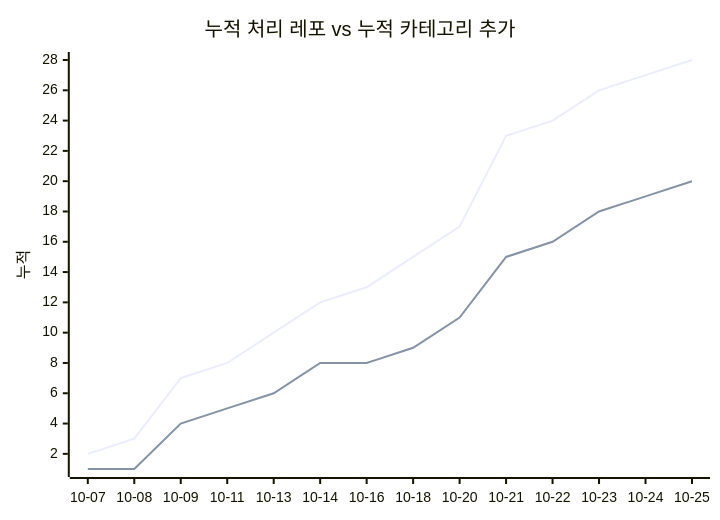
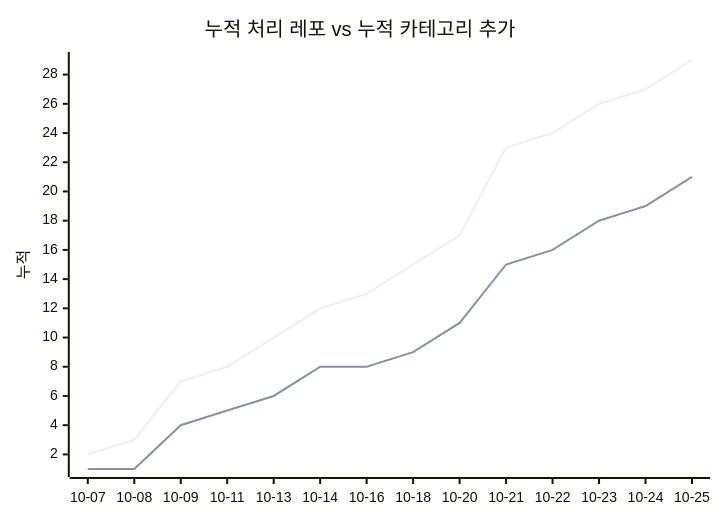
Before and after one commit to J-nowcow/awesome-korean-agent-skills: the second of 2 diagrams in docs/trends.md, drawn with Mermaid. The commit also changed other lines of this file and 3 other files, not shown here.

````diff
--- a/docs/trends.md
+++ b/docs/trends.md
@@ -68,8 +68,8 @@
 ```mermaid
 xychart-beta
     title "누적 처리 레포 vs 누적 카테고리 추가"
     x-axis ["10-07","10-08","10-09","10-11","10-13","10-14","10-16","10-18","10-20","10-21","10-22","10-23","10-24","10-25"]
     y-axis "누적"
-    line [2,3,7,8,10,12,13,15,17,23,24,26,27,28]
-    line [1,1,4,5,6,8,8,9,11,15,16,18,19,20]
+    line [2,3,7,8,10,12,13,15,17,23,24,26,27,29]
+    line [1,1,4,5,6,8,8,9,11,15,16,18,19,21]
 ```
````
